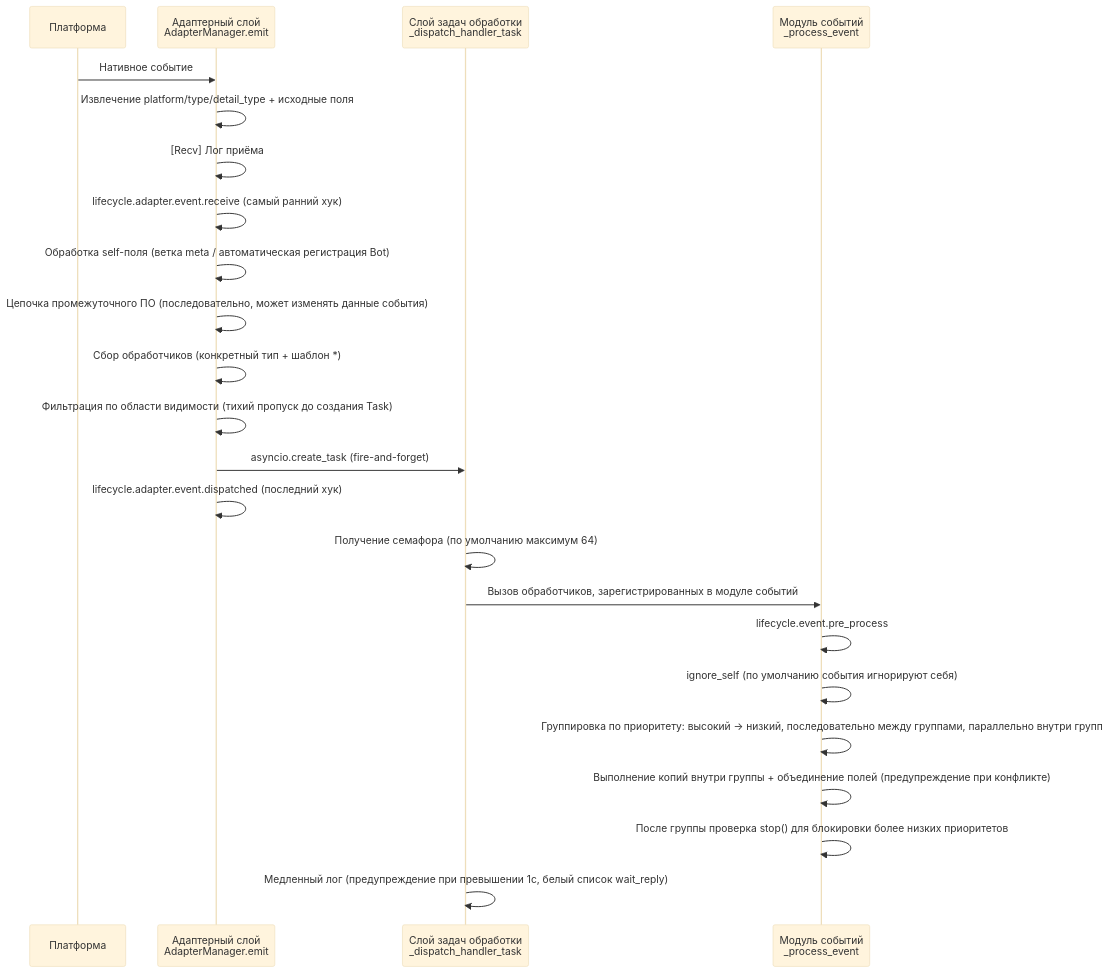
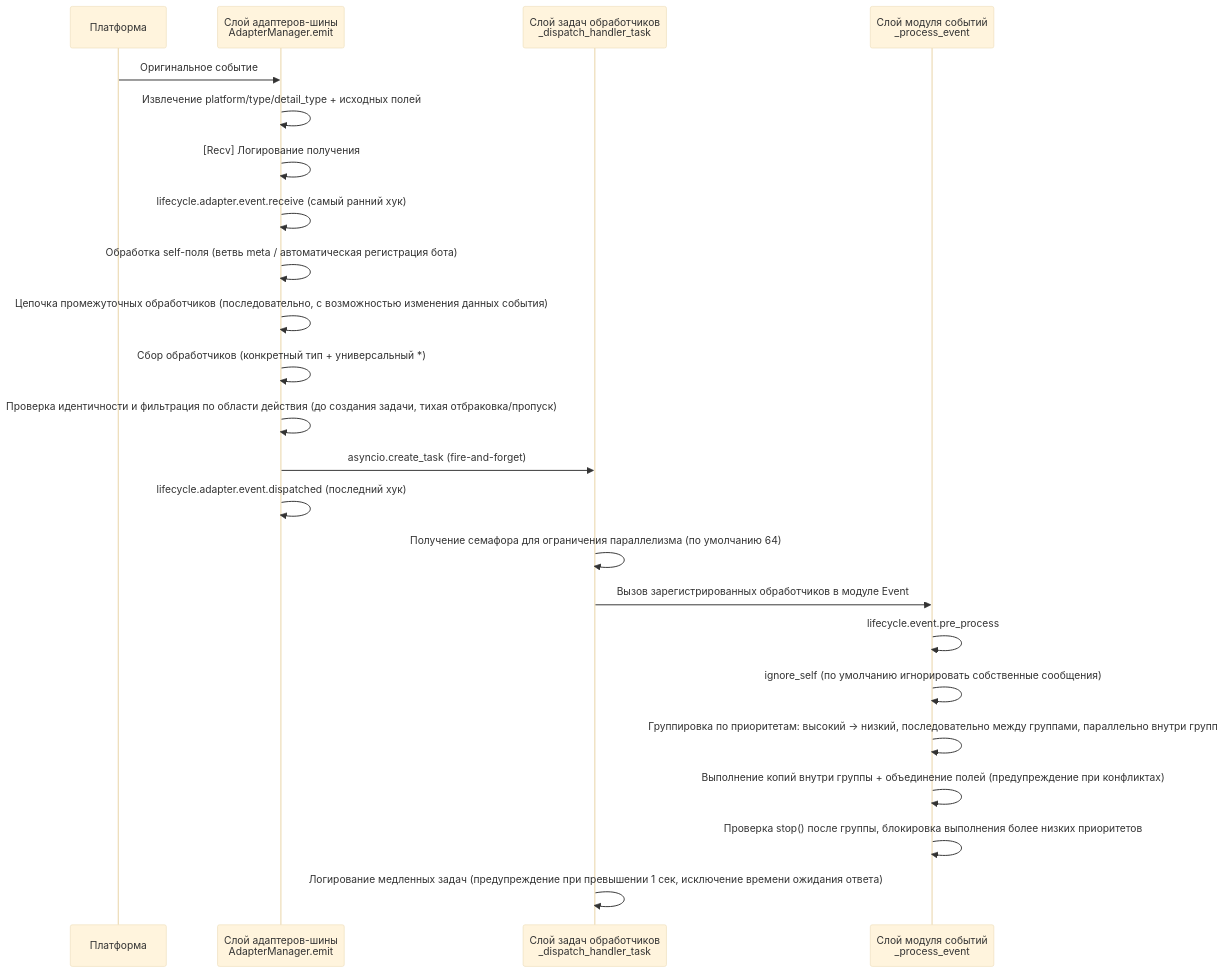
The fourth of 9 diagrams in docs/ru/architecture.md (ErisPulse/ErisPulse), drawn with Mermaid (base theme) before and after one commit. The commit also changed other lines of this file and 299 other files, not shown here.

````diff
--- a/docs/ru/architecture.md
+++ b/docs/ru/architecture.md
@@ -112,26 +108,26 @@
 ```mermaid
 sequenceDiagram
     participant P as Платформа
-    participant A as Адаптерный слой<br/>AdapterManager.emit
-    participant T as Слой задач обработки<br/>_dispatch_handler_task
-    participant E as Модуль событий<br/>_process_event
+    participant A as Слой адаптеров-шины<br/>AdapterManager.emit
+    participant T as Слой задач обработчиков<br/>_dispatch_handler_task
+    participant E as Слой модуля событий<br/>_process_event
 
-    P->>A: Нативное событие
-    A->>A: Извлечение platform/type/detail_type + исходные поля
-    A->>A: [Recv] Лог приёма
+    P->>A: Оригинальное событие
+    A->>A: Извлечение platform/type/detail_type + исходных полей
+    A->>A: [Recv] Логирование получения
     A->>A: lifecycle.adapter.event.receive (самый ранний хук)
-    A->>A: Обработка self-поля (ветка meta / автоматическая регистрация Bot)
-    A->>A: Цепочка промежуточного ПО (последовательно, может изменять данные события)
-    A->>A: Сбор обработчиков (конкретный тип + шаблон *)
-    A->>A: Фильтрация по области видимости (тихий пропуск до создания Task)
+    A->>A: Обработка self-поля (ветвь meta / автоматическая регистрация бота)
+    A->>A: Цепочка промежуточных обработчиков (последовательно, с возможностью изменения данных события)
+    A->>A: Сбор обработчиков (конкретный тип + универсальный *)
+    A->>A: Проверка идентичности и фильтрация по области действия (до создания задачи, тихая отбраковка/пропуск)
     A->>T: asyncio.create_task (fire-and-forget)
     A->>A: lifecycle.adapter.event.dispatched (последний хук)
-    T->>T: Получение семафора (по умолчанию максимум 64)
-    T->>E: Вызов обработчиков, зарегистрированных в модуле событий
+    T->>T: Получение семафора для ограничения параллелизма (по умолчанию 64)
+    T->>E: Вызов зарегистрированных обработчиков в модуле Event
     E->>E: lifecycle.event.pre_process
-    E->>E: ignore_self (по умолчанию события игнорируют себя)
-    E->>E: Группировка по приоритету: высокий → низкий, последовательно между группами, параллельно внутри групп
-    E->>E: Выполнение копий внутри группы + объединение полей (предупреждение при конфликте)
-    E->>E: После группы проверка stop() для блокировки более низких приоритетов
-    T->>T: Медленный лог (предупреждение при превышении 1с, белый список wait_reply)
+    E->>E: ignore_self (по умолчанию игнорировать собственные сообщения)
+    E->>E: Группировка по приоритетам: высокий → низкий, последовательно между группами, параллельно внутри групп
+    E->>E: Выполнение копий внутри группы + объединение полей (предупреждение при конфликтах)
+    E->>E: Проверка stop() после группы, блокировка выполнения более низких приоритетов
+    T->>T: Логирование медленных задач (предупреждение при превышении 1 сек, исключение времени ожидания ответа)
 ```
````
